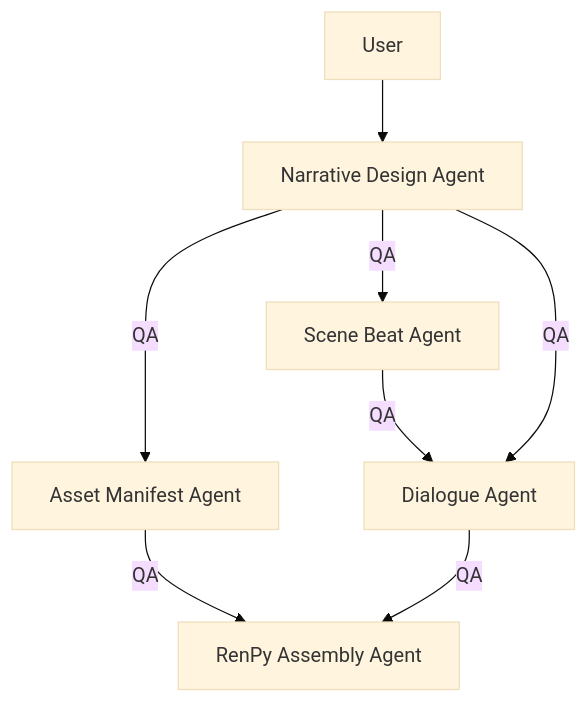
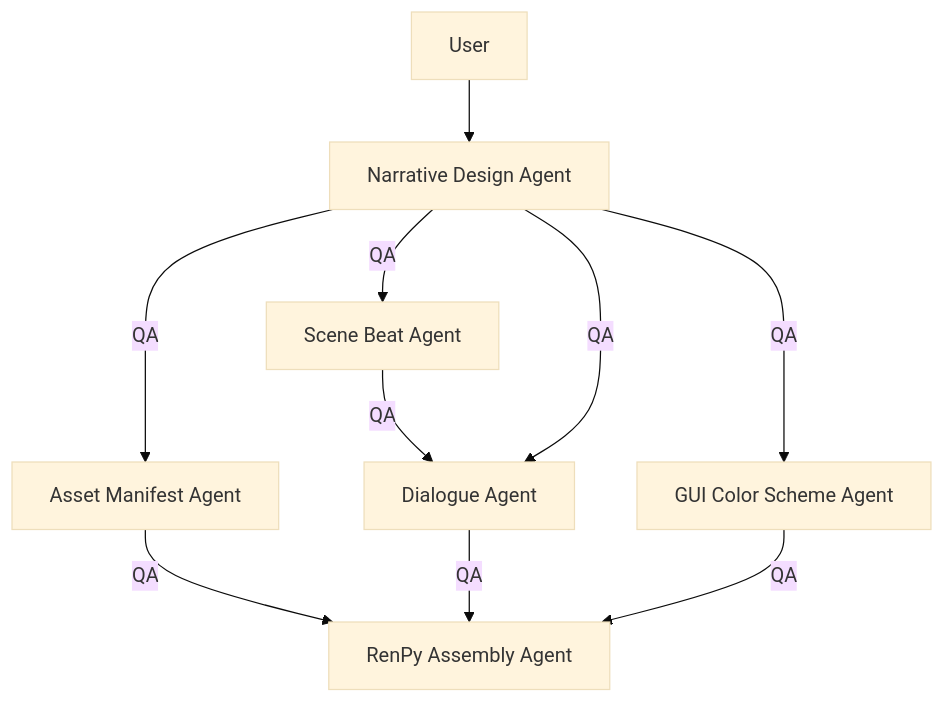
Before and after one commit to danglenzig/KARLA_PROD: the diagram in README.md, drawn with Mermaid (base theme). The commit also changed other lines of this file, not shown here.

````diff
--- a/README.md
+++ b/README.md
@@ -27,16 +31,19 @@
 ```mermaid
 graph TD
     US[User]
     ND[Narrative Design Agent]
     SB[Scene Beat Agent]
     DA[Dialogue Agent]
     AM[Asset Manifest Agent]
+    CA[GUI Color Scheme Agent]
     RP[RenPy Assembly Agent]
     US-->ND
     ND-->|QA|SB
     ND-->|QA|AM
+    ND-->|QA|CA
     SB-->|QA|DA
     ND-->|QA|DA
     AM-->|QA|RP
     DA-->|QA|RP
+    CA-->|QA|RP
 ```
````
